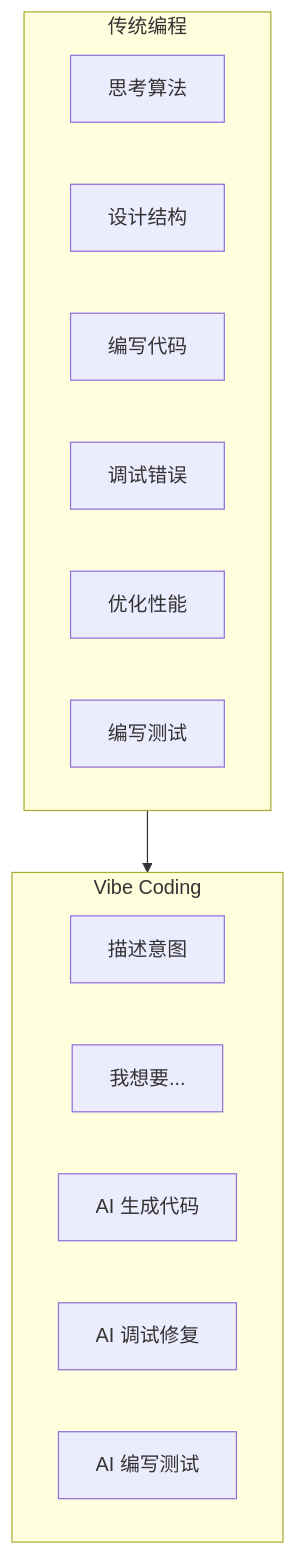
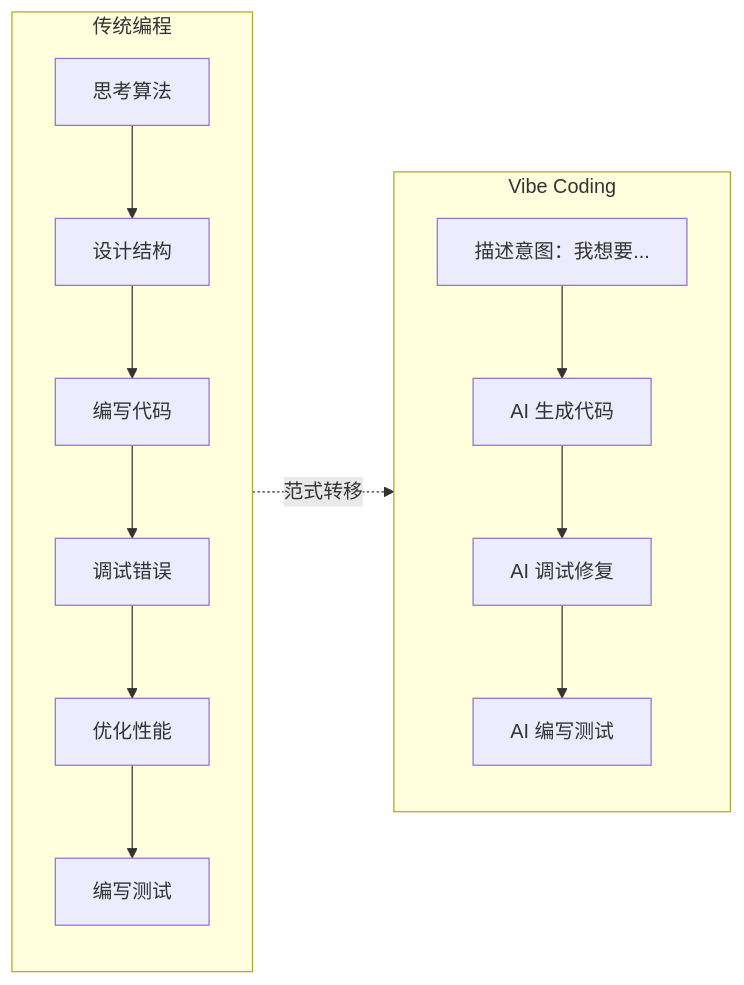
Before and after one commit to yeasy/agentic_ai_guide: the first of 4 diagrams in 10_agentic_coding/10.1_paradigm.md, drawn with Mermaid. The commit also changed other lines of this file and 48 other files, not shown here.

````diff
--- a/10_agentic_coding/10.1_paradigm.md
+++ b/10_agentic_coding/10.1_paradigm.md
@@ -16,21 +16,21 @@
 ```mermaid
-graph TD
-    subgraph Traditional [传统编程]
-        T1[思考算法]
-        T2[设计结构]
-        T3[编写代码]
-        T4[调试错误]
-        T5[优化性能]
-        T6[编写测试]
+flowchart LR
+    subgraph Traditional ["传统编程"]
+        direction TB
+        T1[思考算法] --> T2[设计结构]
+        T2 --> T3[编写代码]
+        T3 --> T4[调试错误]
+        T4 --> T5[优化性能]
+        T5 --> T6[编写测试]
     end
 
-    subgraph Vibe [Vibe Coding]
-        V1[描述意图]
-        V2["我想要..."]
-        V3[AI 生成代码]
-        V4[AI 调试修复]
-        V5[AI 编写测试]
+    subgraph Vibe ["Vibe Coding"]
+        direction TB
+        V1["描述意图：我想要..."]
+        V1 --> V3[AI 生成代码]
+        V3 --> V4[AI 调试修复]
+        V4 --> V5[AI 编写测试]
     end
 
-    Traditional --> Vibe
+    Traditional -."范式转移".-> Vibe
 ```
````
